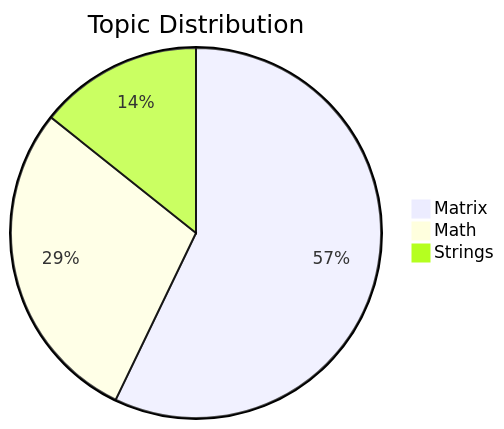
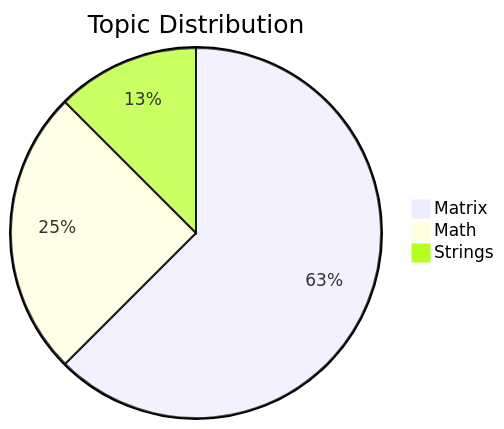
Before and after one commit to PrasannaTheBest/60-Days-Hell-Period: the second of 2 diagrams in README.md, drawn with Mermaid. The commit also changed other lines of this file and 2 other files, not shown here.

Commit message:
Solved: Right Triangle Number Pattern [Matrix]

````diff
--- a/README.md
+++ b/README.md
@@ -64,6 +64,6 @@
 ```mermaid
 pie title Topic Distribution
-    "Matrix" : 4
+    "Matrix" : 5
     "Math" : 2
     "Strings" : 1
 ```
````
